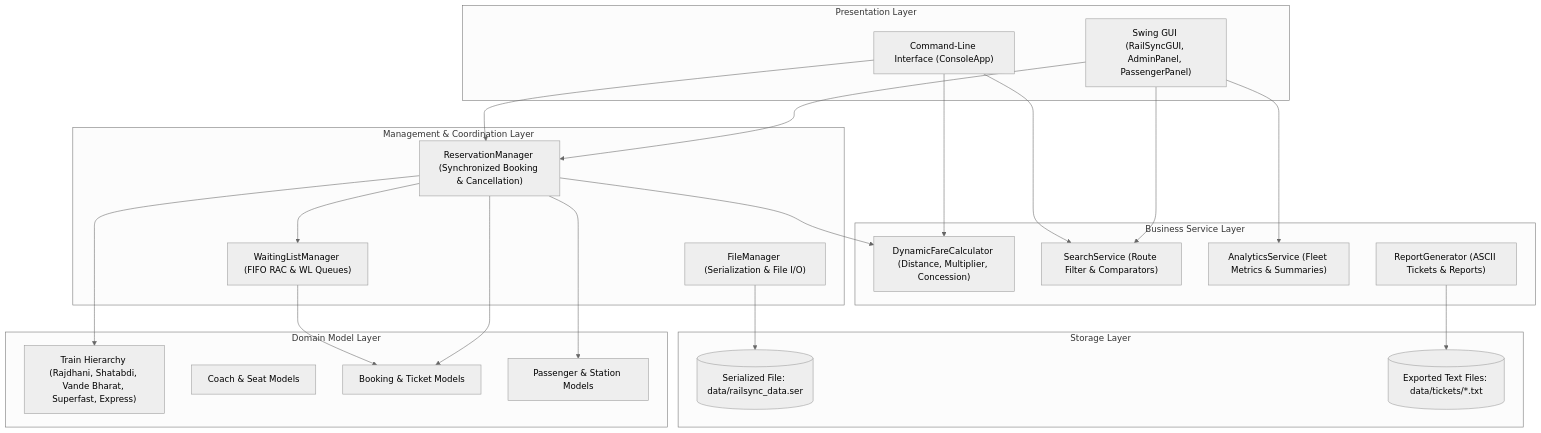
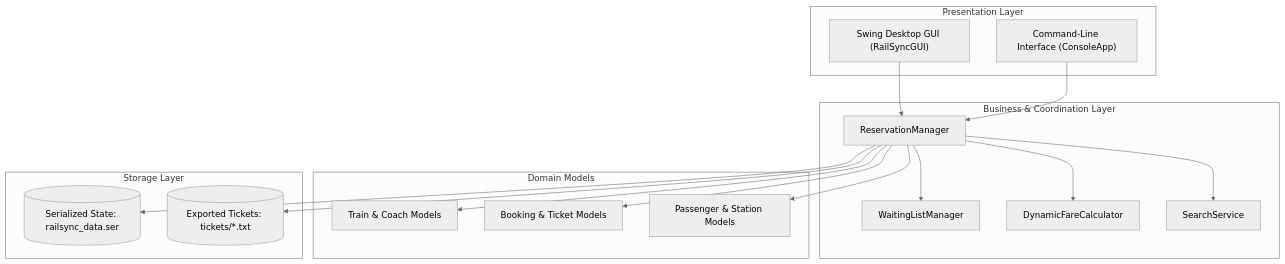
One commit to tanisha25bai10142-ctrl/RailSync changed the first of 4 diagrams in PROJECT_REPORT.md. Above: the diagram before and after it, drawn with Mermaid (neutral theme). The commit also changed other lines of this file and 16 other files, not shown here.

````diff
--- a/PROJECT_REPORT.md
+++ b/PROJECT_REPORT.md
@@ -66,49 +76,36 @@
 ```mermaid
-graph TD
-    subgraph Presentation Layer
-        GUI["Swing GUI (RailSyncGUI, AdminPanel, PassengerPanel)"]
+flowchart TD
+    subgraph UI["Presentation Layer"]
         CLI["Command-Line Interface (ConsoleApp)"]
+        GUI["Swing Desktop GUI (RailSyncGUI)"]
     end
 
-    subgraph Management & Coordination Layer
-        RM["ReservationManager (Synchronized Booking & Cancellation)"]
-        WLM["WaitingListManager (FIFO RAC & WL Queues)"]
-        FM["FileManager (Serialization & File I/O)"]
+    subgraph Logic["Business & Coordination Layer"]
+        RM["ReservationManager"]
+        WLM["WaitingListManager"]
+        FC["DynamicFareCalculator"]
+        SS["SearchService"]
     end
 
-    subgraph Business Service Layer
-        FC["DynamicFareCalculator (Distance, Multiplier, Concession)"]
-        SS["SearchService (Route Filter & Comparators)"]
-        AS["AnalyticsService (Fleet Metrics & Summaries)"]
-        RG["ReportGenerator (ASCII Tickets & Reports)"]
+    subgraph Model["Domain Models"]
+        T["Train & Coach Models"]
+        B["Booking & Ticket Models"]
+        P["Passenger & Station Models"]
     end
 
-    subgraph Domain Model Layer
-        TR["Train Hierarchy (Rajdhani, Shatabdi, Vande Bharat, Superfast, Express)"]
-        CH["Coach & Seat Models"]
-        BK["Booking & Ticket Models"]
-        PS["Passenger & Station Models"]
+    subgraph Storage["Storage Layer"]
+        SER[("Serialized State: railsync_data.ser")]
+        TXT[("Exported Tickets: tickets/*.txt")]
     end
 
-    subgraph Storage Layer
-        SER[("Serialized File: data/railsync_data.ser")]
-        TXT[("Exported Text Files: data/tickets/*.txt")]
-    end
-
+    CLI --> RM
     GUI --> RM
-    GUI --> SS
-    GUI --> AS
-    CLI --> RM
-    CLI --> SS
-    CLI --> FC
-
     RM --> WLM
     RM --> FC
-    RM --> TR
-    RM --> BK
-    RM --> PS
-
-    WLM --> BK
-    FM --> SER
-    RG --> TXT
+    RM --> SS
+    RM --> T
+    RM --> B
+    RM --> P
+    RM --> SER
+    RM --> TXT
 ```
````
